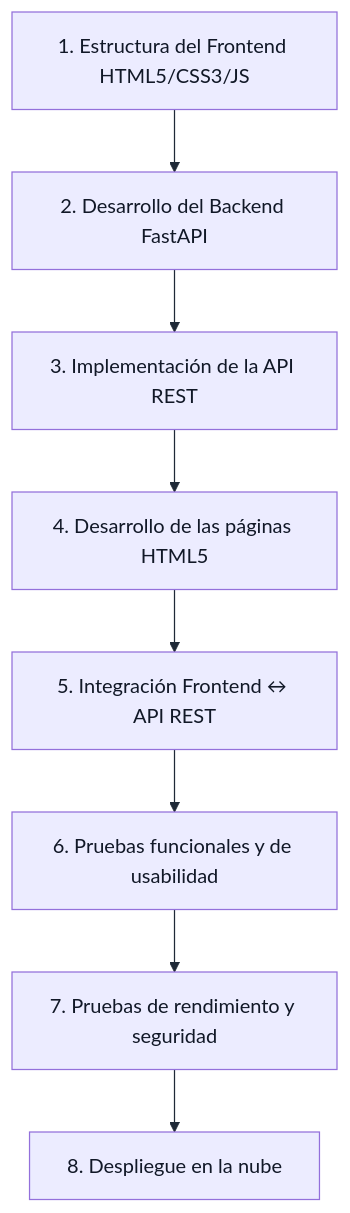
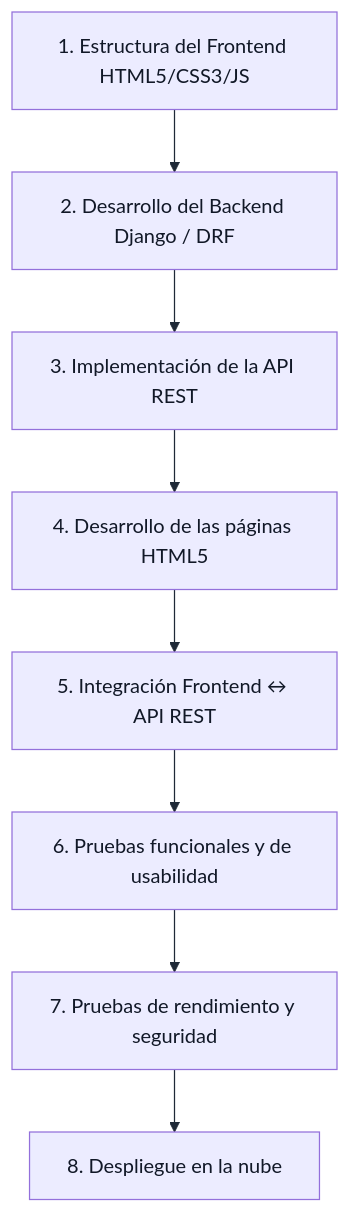
One commit to Darksam03/RuralConecta-ProyectoWeb changed the eighth of 8 diagrams in docs/arquitectura/estructura-frontend.md. Above: the diagram before and after it, drawn with Mermaid. The commit also changed other lines of this file and 5 other files, not shown here.

````diff
--- a/docs/arquitectura/estructura-frontend.md
+++ b/docs/arquitectura/estructura-frontend.md
@@ -691,11 +691,11 @@
 ```mermaid
 %%{init: {'themeVariables': {'textColor':'#111827','primaryTextColor':'#111827','primaryColor':'#eef2f7','primaryBorderColor':'#1f2937','lineColor':'#1f2937','secondaryColor':'#eef2f7','tertiaryColor':'#f3f4f6','edgeLabelBackground':'#ffffff'}}}%%
 flowchart TD
-    S1["1. Estructura del Frontend HTML5/CSS3/JS"] --> S2["2. Desarrollo del Backend FastAPI"]
+    S1["1. Estructura del Frontend HTML5/CSS3/JS"] --> S2["2. Desarrollo del Backend Django / DRF"]
     S2 --> S3["3. Implementación de la API REST"]
     S3 --> S4["4. Desarrollo de las páginas HTML5"]
     S4 --> S5["5. Integración Frontend ↔ API REST"]
     S5 --> S6["6. Pruebas funcionales y de usabilidad"]
     S6 --> S7["7. Pruebas de rendimiento y seguridad"]
     S7 --> S8["8. Despliegue en la nube"]
 ```
````
